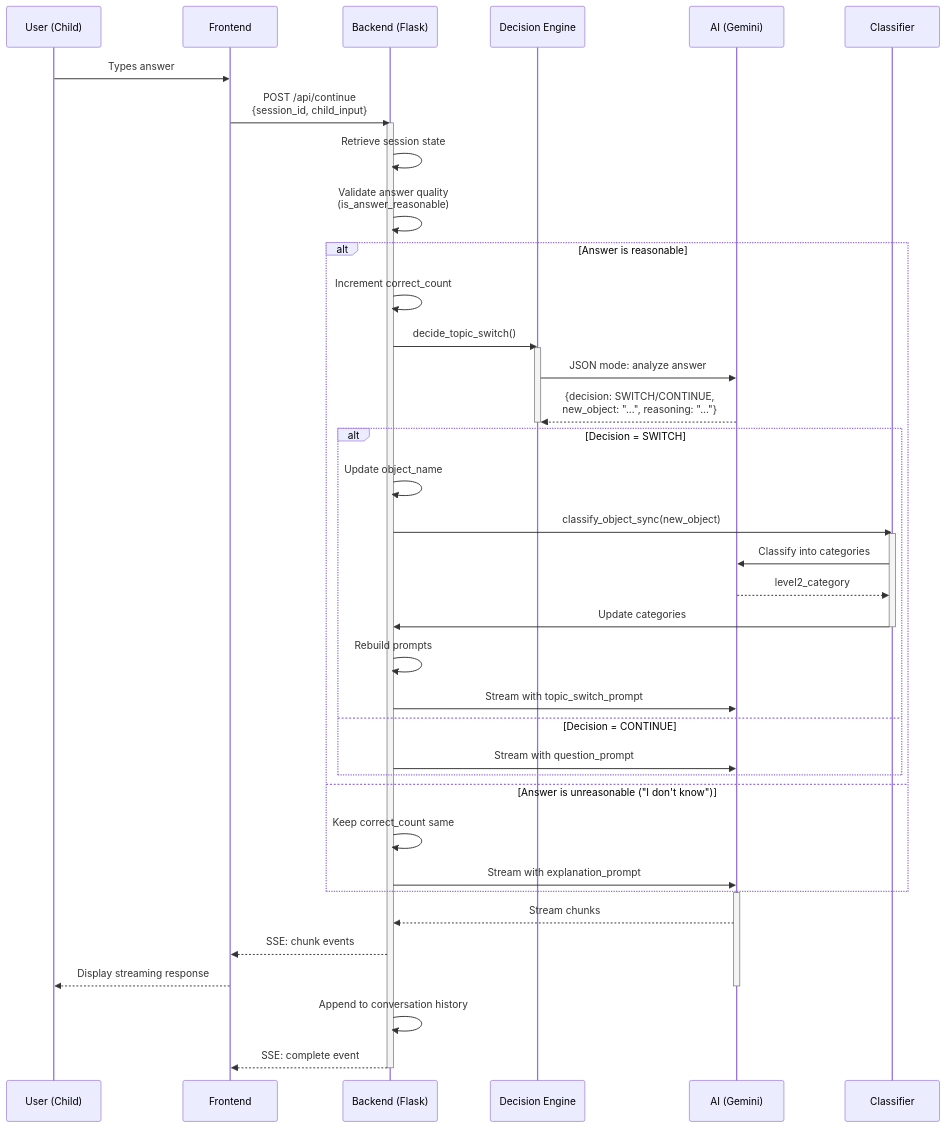
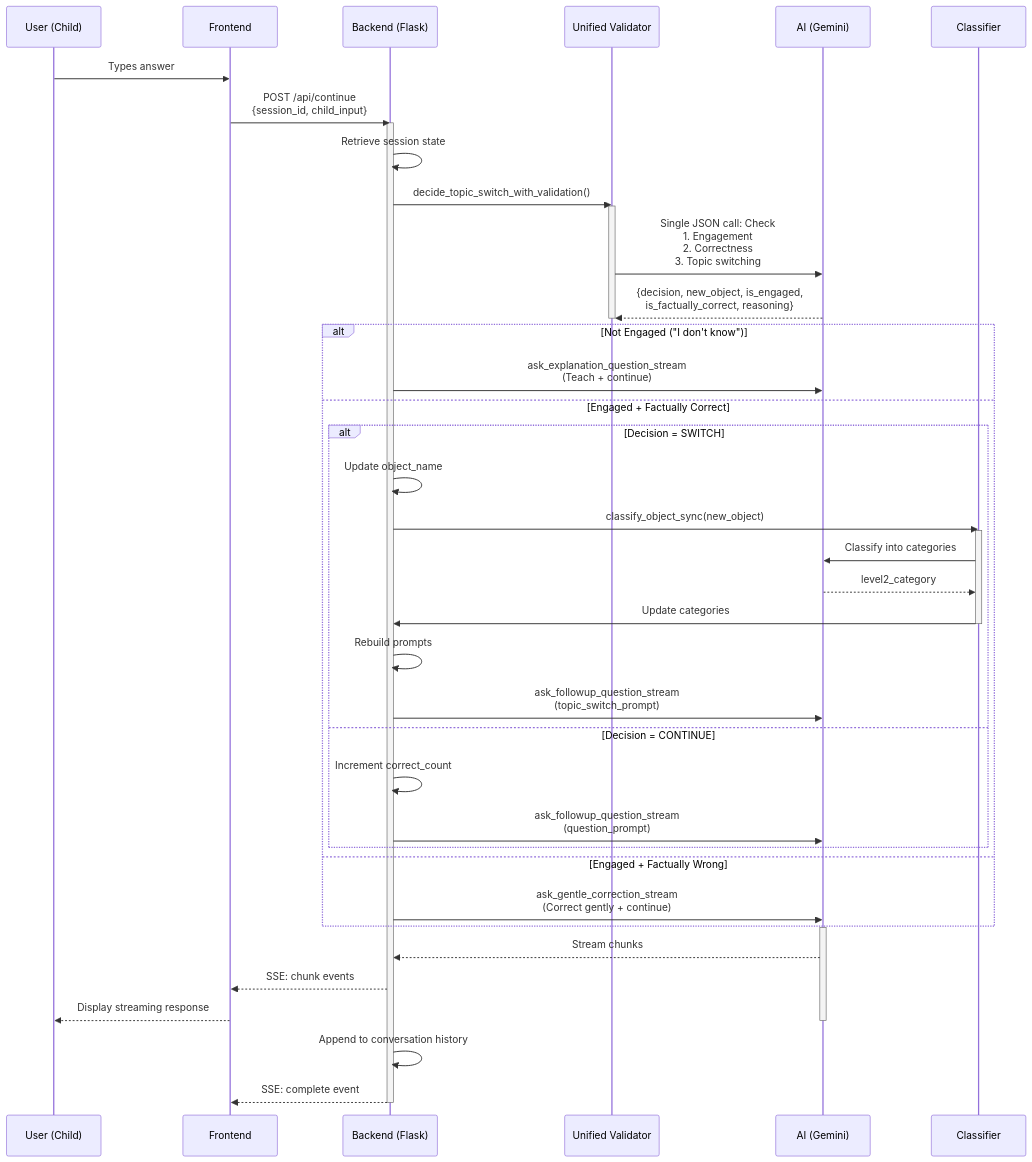
One commit to HuangJiaChen1/AI_ask_ask changed the third of 13 diagrams in Gemini/paixueji/ARCHITECTURE.md. Above: the diagram before and after it, drawn with Mermaid. The commit also changed other lines of this file and 2 other files, not shown here.

Commit message:
update architecture

````diff
--- a/Gemini/paixueji/ARCHITECTURE.md
+++ b/Gemini/paixueji/ARCHITECTURE.md
@@ -97,50 +97,50 @@
 ```mermaid
 sequenceDiagram
     participant U as User (Child)
     participant F as Frontend
     participant B as Backend (Flask)
-    participant D as Decision Engine
+    participant V as Unified Validator
     participant A as AI (Gemini)
     participant C as Classifier
 
     U->>F: Types answer
     F->>B: POST /api/continue<br/>{session_id, child_input}
     activate B
     B->>B: Retrieve session state
-    B->>B: Validate answer quality<br/>(is_answer_reasonable)
 
-    alt Answer is reasonable
-        B->>B: Increment correct_count
-        B->>D: decide_topic_switch()
-        activate D
-        D->>A: JSON mode: analyze answer
-        A-->>D: {decision: SWITCH/CONTINUE,<br/>new_object: "...", reasoning: "..."}
-        deactivate D
+    B->>V: decide_topic_switch_with_validation()
+    activate V
+    V->>A: Single JSON call: Check<br/>1. Engagement<br/>2. Correctness<br/>3. Topic switching
+    A-->>V: {decision, new_object, is_engaged,<br/>is_factually_correct, reasoning}
+    deactivate V
 
+    alt Not Engaged ("I don't know")
+        B->>A: ask_explanation_question_stream<br/>(Teach + continue)
+    else Engaged + Factually Correct
         alt Decision = SWITCH
             B->>B: Update object_name
             B->>C: classify_object_sync(new_object)
             activate C
             C->>A: Classify into categories
             A-->>C: level2_category
             C->>B: Update categories
             deactivate C
             B->>B: Rebuild prompts
-            B->>A: Stream with topic_switch_prompt
+            B->>A: ask_followup_question_stream<br/>(topic_switch_prompt)
         else Decision = CONTINUE
-            B->>A: Stream with question_prompt
+            B->>B: Increment correct_count
+            B->>A: ask_followup_question_stream<br/>(question_prompt)
         end
-    else Answer is unreasonable ("I don't know")
-        B->>B: Keep correct_count same
-        B->>A: Stream with explanation_prompt
+    else Engaged + Factually Wrong
+        B->>A: ask_gentle_correction_stream<br/>(Correct gently + continue)
     end
 
     activate A
     A-->>B: Stream chunks
     B-->>F: SSE: chunk events
     F-->>U: Display streaming response
     deactivate A
     B->>B: Append to conversation history
     B-->>F: SSE: complete event
     deactivate B
 ```
````
